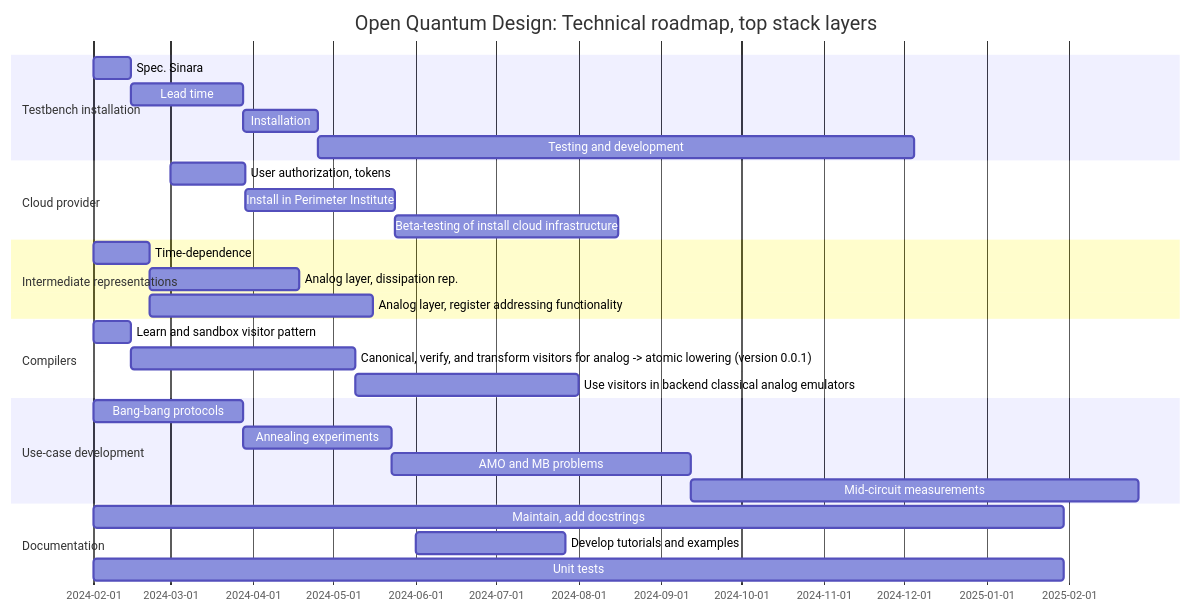
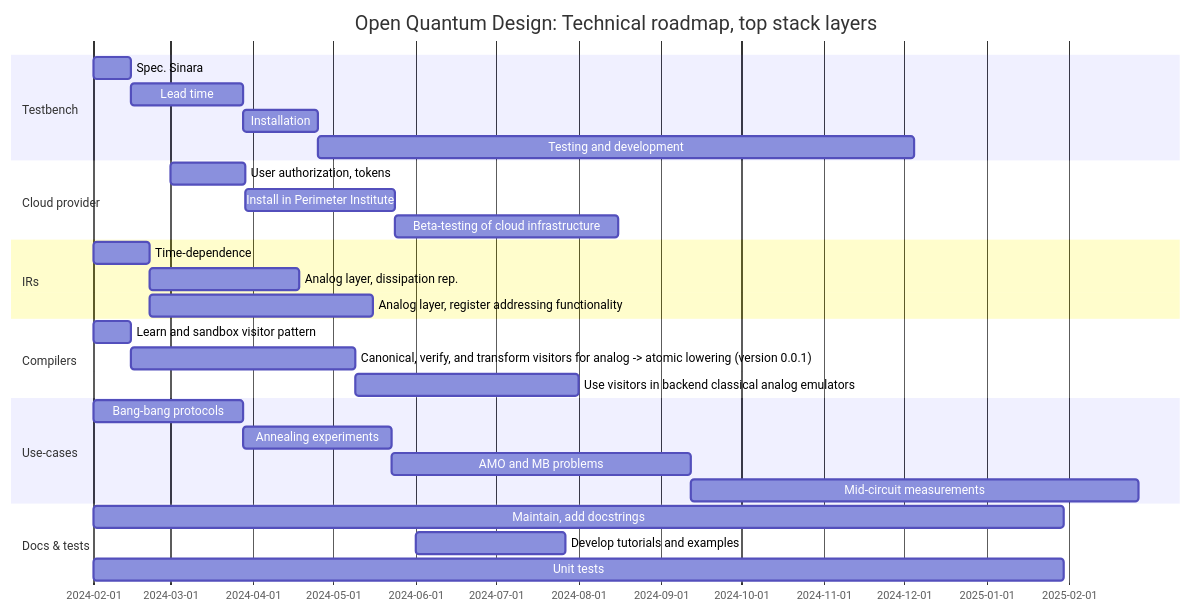
Before and after one commit to SeivenBell/oqd-core: the diagram in docs/roadmap.md, drawn with Mermaid.

Commit message:
Tweak roadmap

````diff
--- a/docs/roadmap.md
+++ b/docs/roadmap.md
@@ -10,38 +10,38 @@
 ```mermaid
 gantt
     dateFormat  YYYY-MM
     title       Open Quantum Design: Technical roadmap, top stack layers
     %% (`excludes` accepts specific dates in YYYY-MM-DD format, days of the week ("sunday") or "weekends", but not the word "weekdays".)
 
-    section Testbench installation
+    section Testbench
     Spec. Sinara                        :spec, 2024-02-01, 2w
     Lead time                           :leadtime, after spec, 6w
     Installation                        :install, after leadtime, 4w
     Testing and development             :after install, 32w
     
     section Cloud provider
     User authorization, tokens                              :auth, 2024-03-01, 4w
     Install in Perimeter Institute                          :installcloud, after auth, 8w
-    Beta-testing of install cloud infrastructure            :testcloud, after installcloud, 12w
+    Beta-testing of cloud infrastructure                    :testcloud, after installcloud, 12w
     
-    section Intermediate representations
+    section IRs
     Time-dependence                                         :timedep, 2024-02-01, 3w
     Analog layer, dissipation rep.                          :diss, after timedep, 8w
     Analog layer, register addressing functionality         :addr, after timedep, 12w
     
     section Compilers
     Learn and sandbox visitor pattern  :visitor, 2024-02-01, 2w
     Canonical, verify, and transform visitors for analog -> atomic lowering (version 0.0.1)      :canon, after visitor, 12w
     Use visitors in backend classical analog emulators             :em_visit, after canon, 12w 
     
-    section Use-case development
+    section Use-cases
     Bang-bang protocols    :qaoa, 2024-02-01, 8w
     Annealing experiments  :anneal, after qaoa, 8w
     AMO and MB problems    :amomb, after anneal, 16w
     Mid-circuit measurements   :mcm, after amomb, 24w
     
-    section Documentation
+    section Docs & tests
     Maintain, add docstrings                       :2024-02-01, 52w
     Develop tutorials and examples                 :2024-06-01, 8w
     Unit tests                                     :2024-02-01, 52w
 ```
````
